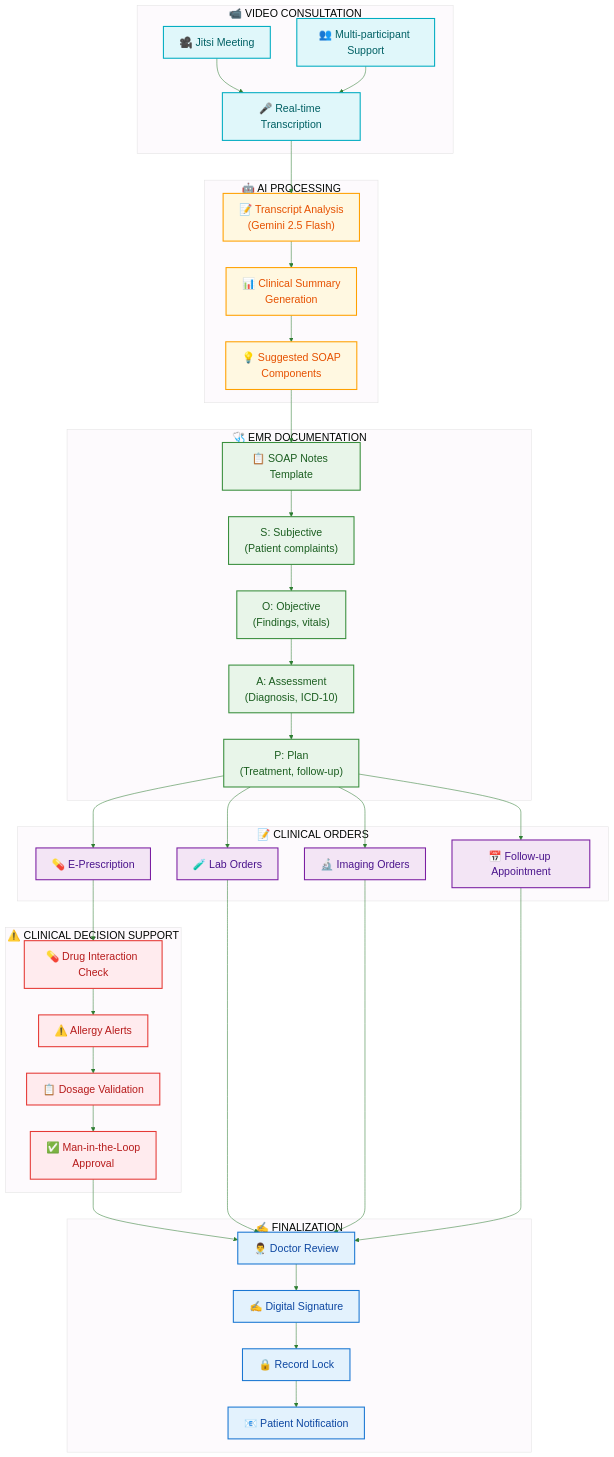
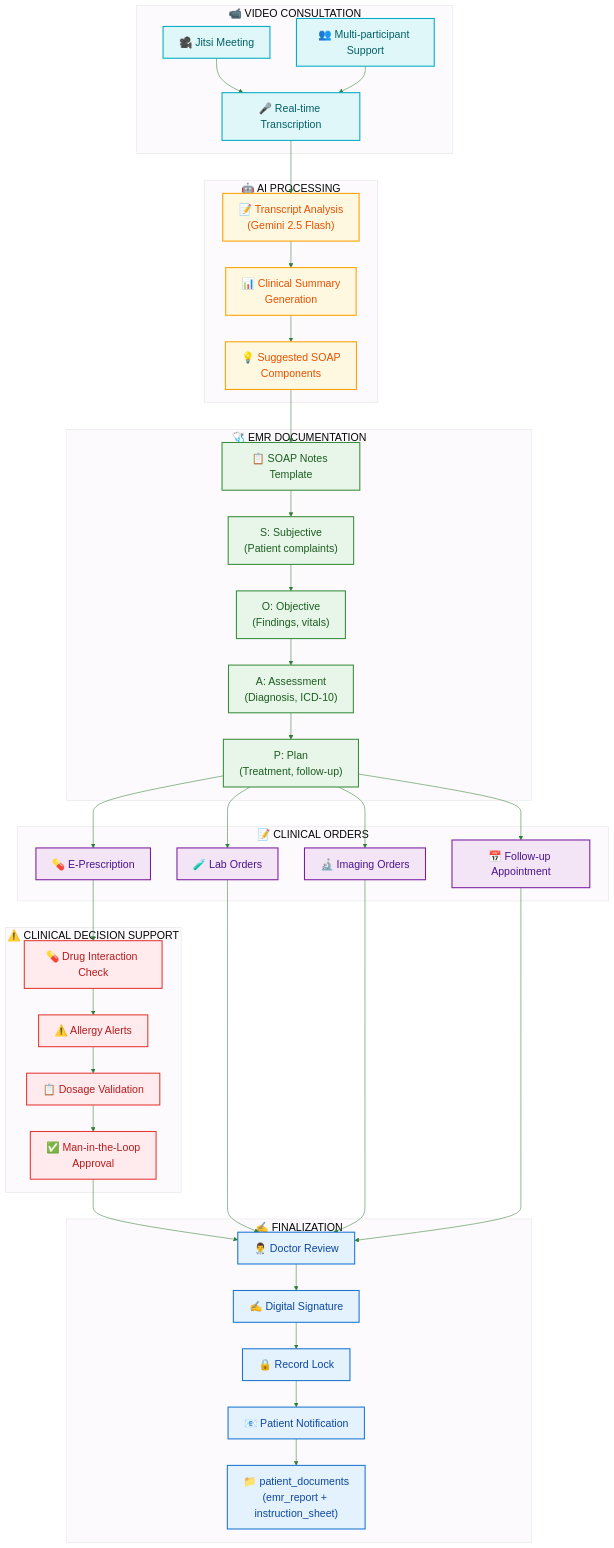
Before and after one commit to chiraleo2000/Isara-Anywhere: the diagram in Documents/Presentations/diagrams/06-emr-workflow.mmd, drawn with Mermaid. The commit also changed 1697 other files, not shown here.

```diff
--- a/Documents/Presentations/diagrams/06-emr-workflow.mmd
+++ b/Documents/Presentations/diagrams/06-emr-workflow.mmd
@@ -1,84 +1,85 @@
 %%{init: {
   'theme': 'base',
   'themeVariables': {
     'primaryColor': '#E8F5E9',
     'primaryTextColor': '#1B5E20',
     'primaryBorderColor': '#4CAF50',
     'lineColor': '#2E7D32',
     'fontSize': '20px',
     'fontFamily': 'Segoe UI, Arial'
   }
 }}%%
 
 flowchart TB
     subgraph VIDEO["📹 VIDEO CONSULTATION"]
         V1["🎥 Jitsi Meeting"]
         V2["🎤 Real-time Transcription"]
         V3["👥 Multi-participant Support"]
     end
 
     subgraph AI_PROCESS["🤖 AI PROCESSING"]
         A1["📝 Transcript Analysis<br/>(Gemini 2.5 Flash)"]
         A2["📊 Clinical Summary<br/>Generation"]
         A3["💡 Suggested SOAP<br/>Components"]
     end
 
     subgraph EMR["🩺 EMR DOCUMENTATION"]
         E1["📋 SOAP Notes Template"]
         E2["S: Subjective<br/>(Patient complaints)"]
         E3["O: Objective<br/>(Findings, vitals)"]
         E4["A: Assessment<br/>(Diagnosis, ICD-10)"]
         E5["P: Plan<br/>(Treatment, follow-up)"]
     end
 
     subgraph ORDERS["📝 CLINICAL ORDERS"]
         O1["💊 E-Prescription"]
         O2["🧪 Lab Orders"]
         O3["🔬 Imaging Orders"]
         O4["📅 Follow-up Appointment"]
     end
 
     subgraph CDS["⚠️ CLINICAL DECISION SUPPORT"]
         C1["💊 Drug Interaction Check"]
         C2["⚠️ Allergy Alerts"]
         C3["📋 Dosage Validation"]
         C4["✅ Man-in-the-Loop<br/>Approval"]
     end
 
     subgraph SIGN["✍️ FINALIZATION"]
         S1["👨‍⚕️ Doctor Review"]
         S2["✍️ Digital Signature"]
         S3["🔒 Record Lock"]
         S4["📧 Patient Notification"]
+        S5["📁 patient_documents<br/>(emr_report + instruction_sheet)"]
     end
 
     %% Flow
     V1 --> V2 --> A1
     V3 --> V2
     A1 --> A2 --> A3
     A3 --> E1
     E1 --> E2 --> E3 --> E4 --> E5
     E5 --> O1
     E5 --> O2
     E5 --> O3
     E5 --> O4
     O1 --> C1 --> C2 --> C3 --> C4
     C4 --> S1
     O2 --> S1
     O3 --> S1
     O4 --> S1
-    S1 --> S2 --> S3 --> S4
+    S1 --> S2 --> S3 --> S4 --> S5
 
     classDef videoStyle fill:#E0F7FA,stroke:#00ACC1,stroke-width:2px,color:#006064
     classDef aiStyle fill:#FFF8E1,stroke:#FFA000,stroke-width:2px,color:#E65100
     classDef emrStyle fill:#E8F5E9,stroke:#388E3C,stroke-width:2px,color:#1B5E20
     classDef orderStyle fill:#F3E5F5,stroke:#7B1FA2,stroke-width:2px,color:#4A148C
     classDef cdsStyle fill:#FFEBEE,stroke:#E53935,stroke-width:2px,color:#B71C1C
     classDef signStyle fill:#E3F2FD,stroke:#1976D2,stroke-width:2px,color:#0D47A1
 
     class V1,V2,V3 videoStyle
     class A1,A2,A3 aiStyle
     class E1,E2,E3,E4,E5 emrStyle
     class O1,O2,O3,O4 orderStyle
     class C1,C2,C3,C4 cdsStyle
-    class S1,S2,S3,S4 signStyle
+    class S1,S2,S3,S4,S5 signStyle
```
